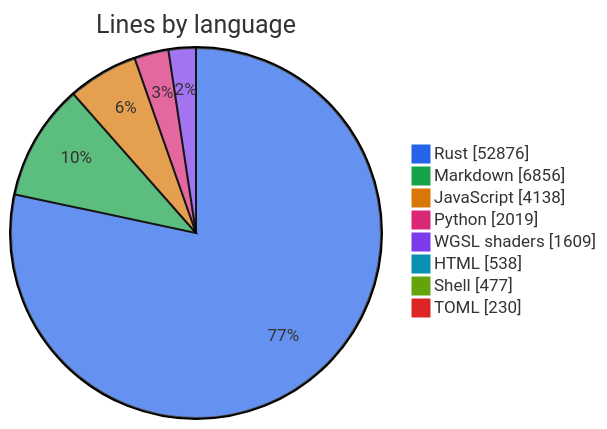
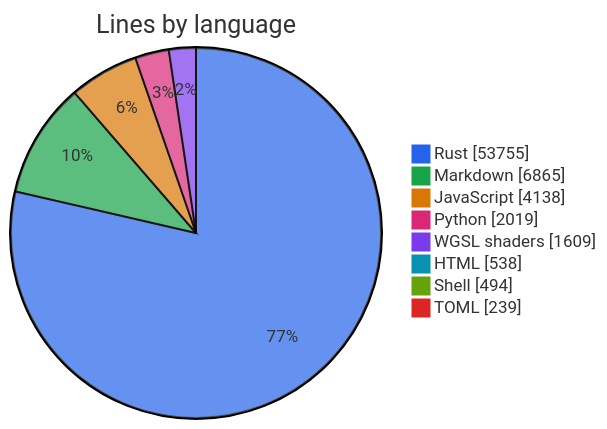
Before and after one commit to thomascherickal/ferrum-gpu: the first of 2 diagrams in metrics.md, drawn with Mermaid. The commit also changed other lines of this file and 106 other files, not shown here.

````diff
--- a/metrics.md
+++ b/metrics.md
@@ -22,12 +22,12 @@
 ```mermaid
 %%{init: {"theme": "base", "themeVariables": {"pie1": "#2563eb", "pie2": "#16a34a", "pie3": "#d97706", "pie4": "#db2777", "pie5": "#7c3aed", "pie6": "#0891b2", "pie7": "#65a30d", "pie8": "#dc2626"}}}%%
 pie showData title Lines by language
-    "Rust" : 52876
-    "Markdown" : 6856
+    "Rust" : 53755
+    "Markdown" : 6865
     "JavaScript" : 4138
     "Python" : 2019
     "WGSL shaders" : 1609
     "HTML" : 538
-    "Shell" : 477
-    "TOML" : 230
+    "Shell" : 494
+    "TOML" : 239
 ```
````
